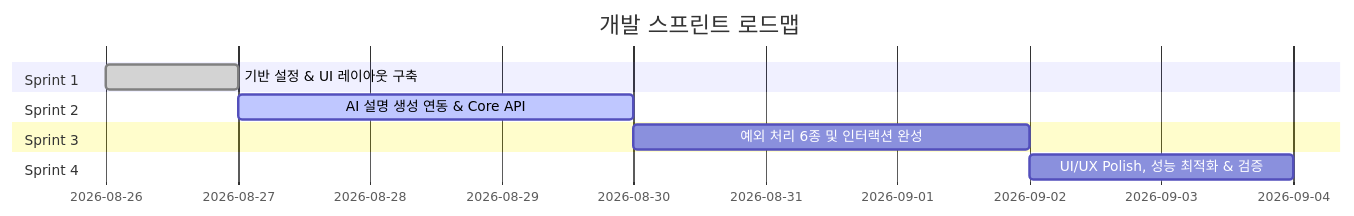
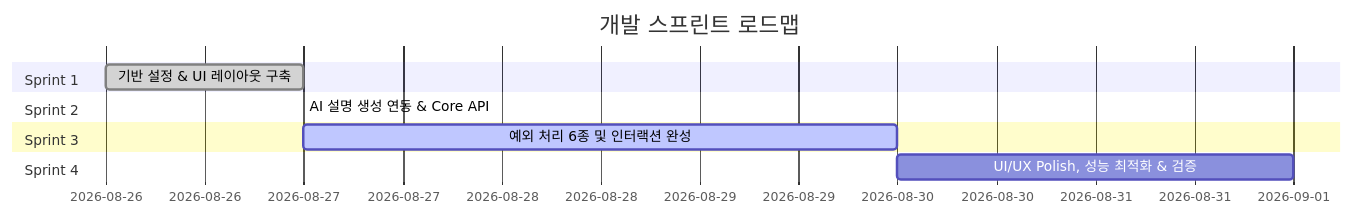
The diagram in docs/development-plan.md (eunsu0210/-), drawn with Mermaid before and after one commit. The commit also changed other lines of this file and 2 other files, not shown here.

Commit message:
feat: complete Sprint 2 AI explanation engine and core API integration

````diff
--- a/docs/development-plan.md
+++ b/docs/development-plan.md
@@ -19,13 +19,13 @@
 ```mermaid
 gantt
     title 개발 스프린트 로드맵
     dateFormat  YYYY-MM-DD
     section Sprint 1
     기반 설정 & UI 레이아웃 구축    :done, s1, 2026-08-26, 2026-08-27
     section Sprint 2
-    AI 설명 생성 연동 & Core API    :active, s2, 2026-08-27, 3d
+    AI 설명 생성 연동 & Core API    :done, s2, 2026-08-27, 2026-08-27
     section Sprint 3
-    예외 처리 6종 및 인터랙션 완성  :s3, after s2, 3d
+    예외 처리 6종 및 인터랙션 완성  :active, s3, 2026-08-27, 3d
     section Sprint 4
     UI/UX Polish, 성능 최적화 & 검증:s4, after s3, 2d
 ```
````
